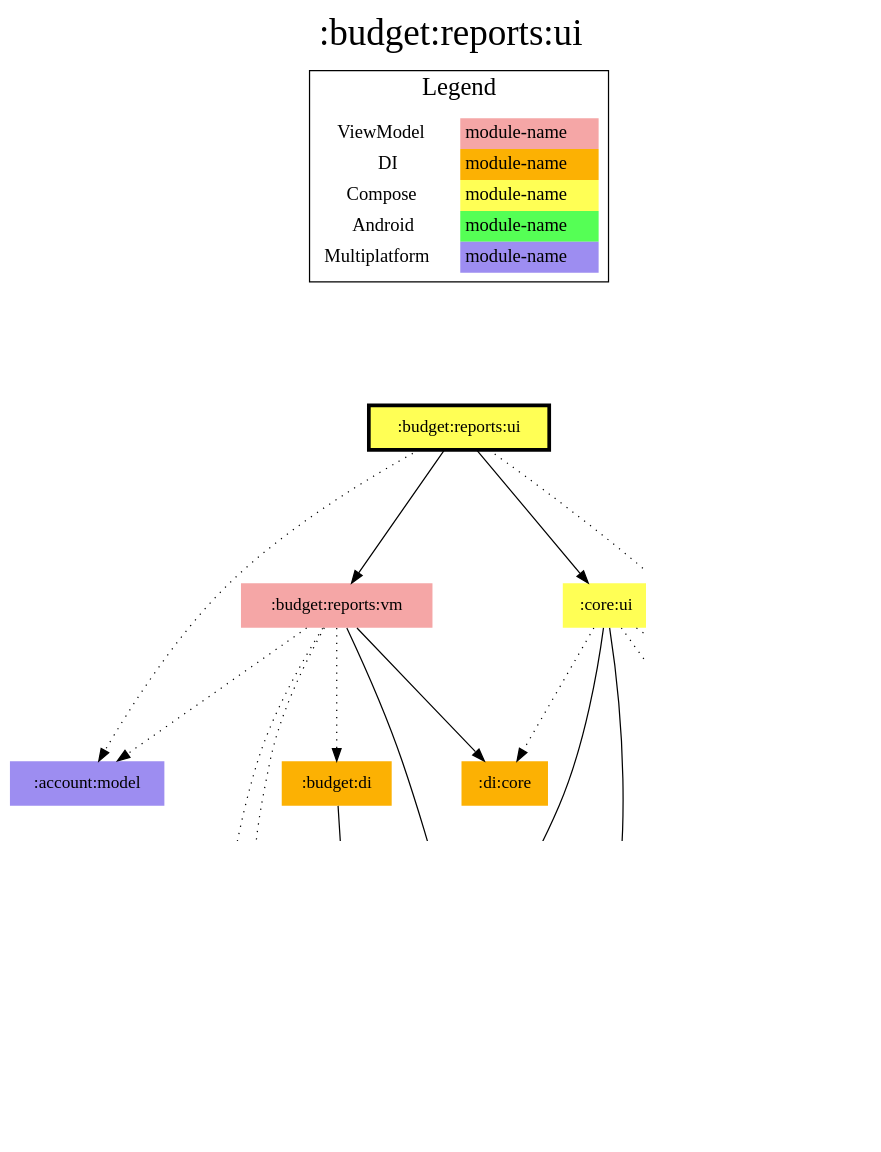
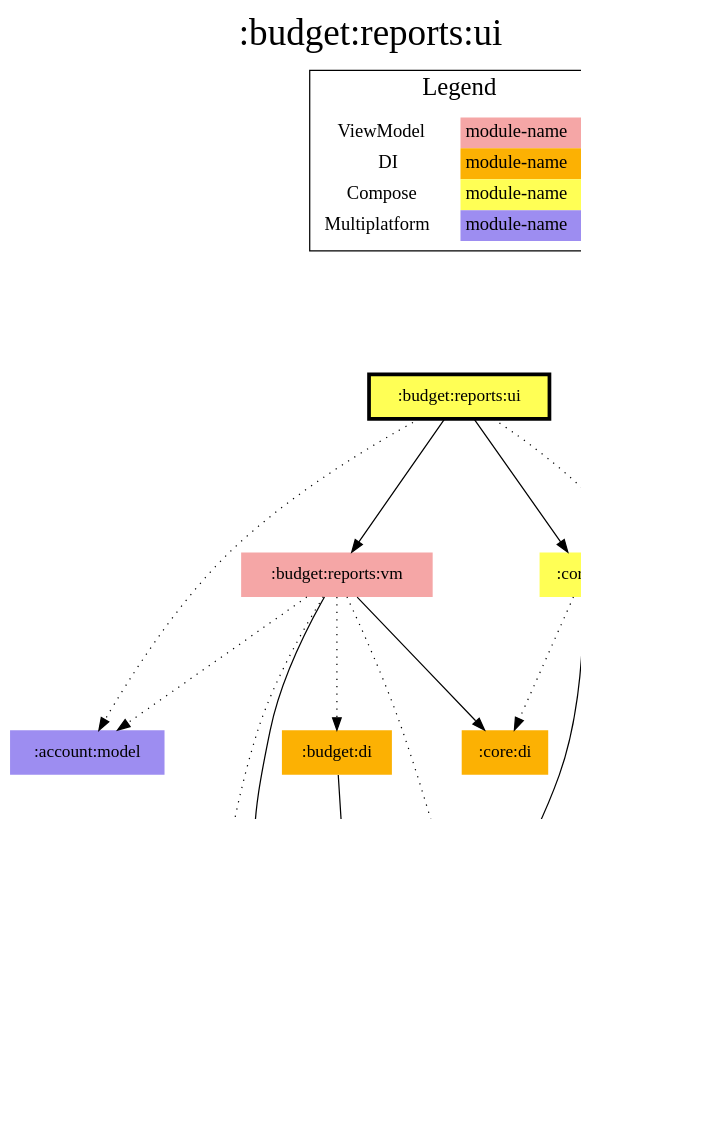
One commit to jonapoul/aktual changed the diagram in modules/budget/reports/ui/modules.dot. Above: the diagram before and after it, drawn with Graphviz. The commit also changed 477 other files, not shown here.

```diff
--- a/modules/budget/reports/ui/modules.dot
+++ b/modules/budget/reports/ui/modules.dot
@@ -1,54 +1,51 @@
 digraph {
 edge ["dir"="forward"]
 graph ["dpi"="100","label"=":budget:reports:ui","labelloc"="t","fontsize"="30","ranksep"="1.5","rankdir"="TB"]
 node ["style"="filled"]
 ":account:model" ["fillcolor"="#9D8DF1","shape"="none"]
 ":budget:data" ["fillcolor"="#9D8DF1","shape"="none"]
 ":budget:di" ["fillcolor"="#FCB103","shape"="none"]
 ":budget:model" ["fillcolor"="#9D8DF1","shape"="none"]
 ":budget:reports:ui" ["fillcolor"="#FFFF55","color"="black","penwidth"="3","shape"="box"]
 ":budget:reports:vm" ["fillcolor"="#F5A6A6","shape"="none"]
-":core:android" ["fillcolor"="#55FF55","shape"="none"]
+":core:di" ["fillcolor"="#FCB103","shape"="none"]
 ":core:model" ["fillcolor"="#9D8DF1","shape"="none"]
 ":core:ui" ["fillcolor"="#FFFF55","shape"="none"]
-":di:core" ["fillcolor"="#FCB103","shape"="none"]
 ":l10n" ["fillcolor"="#9D8DF1","shape"="none"]
 ":logging" ["fillcolor"="#9D8DF1","shape"="none"]
 {
 edge ["dir"="none"]
 graph ["rank"="same"]
 ":budget:reports:ui"
 }
 ":budget:data" -> ":budget:model"
 ":budget:data" -> ":core:model"
 ":budget:data" -> ":logging" ["style"="dotted"]
 ":budget:di" -> ":budget:data"
 ":budget:reports:ui" -> ":account:model" ["style"="dotted"]
 ":budget:reports:ui" -> ":budget:reports:vm"
 ":budget:reports:ui" -> ":core:ui"
 ":budget:reports:ui" -> ":l10n" ["style"="dotted"]
 ":budget:reports:vm" -> ":account:model" ["style"="dotted"]
 ":budget:reports:vm" -> ":budget:di" ["style"="dotted"]
 ":budget:reports:vm" -> ":budget:model"
+":budget:reports:vm" -> ":core:di"
 ":budget:reports:vm" -> ":core:model" ["style"="dotted"]
-":budget:reports:vm" -> ":di:core"
 ":budget:reports:vm" -> ":logging" ["style"="dotted"]
 ":core:ui" -> ":budget:model"
-":core:ui" -> ":core:android" ["style"="dotted"]
+":core:ui" -> ":core:di" ["style"="dotted"]
 ":core:ui" -> ":core:model"
-":core:ui" -> ":di:core" ["style"="dotted"]
 ":core:ui" -> ":l10n" ["style"="dotted"]
 subgraph "cluster_legend" {
 edge ["dir"="none"]
 graph ["label"="Legend","fontsize"="20"]
 "Legend" ["style"="filled","fillcolor"="#FFFFFF","shape"="none","margin"="0","fontsize"="15","label"=<
 <TABLE BORDER="0" CELLBORDER="0" CELLSPACING="0" CELLPADDING="4">
 <TR><TD>ViewModel</TD><TD BGCOLOR="#F5A6A6">module-name</TD></TR>
 <TR><TD>DI</TD><TD BGCOLOR="#FCB103">module-name</TD></TR>
 <TR><TD>Compose</TD><TD BGCOLOR="#FFFF55">module-name</TD></TR>
-<TR><TD>Android</TD><TD BGCOLOR="#55FF55">module-name</TD></TR>
 <TR><TD>Multiplatform</TD><TD BGCOLOR="#9D8DF1">module-name</TD></TR>
 </TABLE>
 >]
 } -> ":budget:reports:ui" ["style"="invis"]
 }
```
